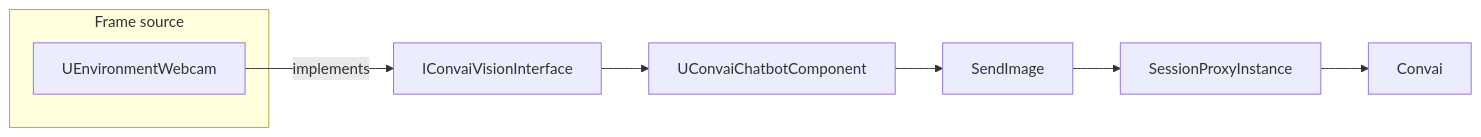
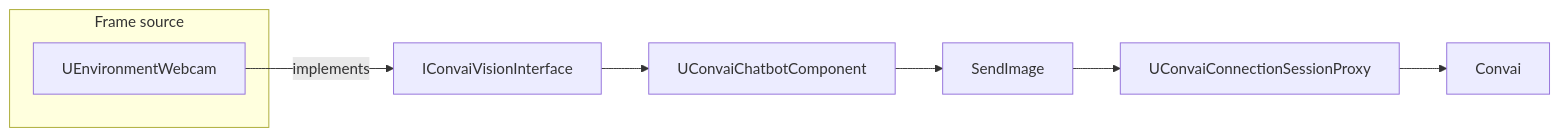
The diagram in plugins-and-integrations/convai-unreal-engine-plugin/features/vision/how-vision-works.md (Conv-AI/Convai-Documentation), drawn with Mermaid before and after one commit. The commit also changed other lines of this file and 7 other files, not shown here.

````diff
--- a/plugins-and-integrations/convai-unreal-engine-plugin/features/vision/how-vision-works.md
+++ b/plugins-and-integrations/convai-unreal-engine-plugin/features/vision/how-vision-works.md
@@ -13,18 +17,18 @@
 ```mermaid
 flowchart LR
     subgraph frameSourceLayer["Frame source"]
         environmentWebcam["UEnvironmentWebcam"]
     end
 
     visionInterface["IConvaiVisionInterface"]
     chatbot["UConvaiChatbotComponent"]
     sendImage["SendImage"]
-    sessionProxy["SessionProxyInstance"]
+    sessionProxy["UConvaiConnectionSessionProxy"]
     convai["Convai"]
 
     environmentWebcam -->|"implements"| visionInterface
     visionInterface --> chatbot
     chatbot --> sendImage
     sendImage --> sessionProxy
     sessionProxy --> convai
 ```
````
